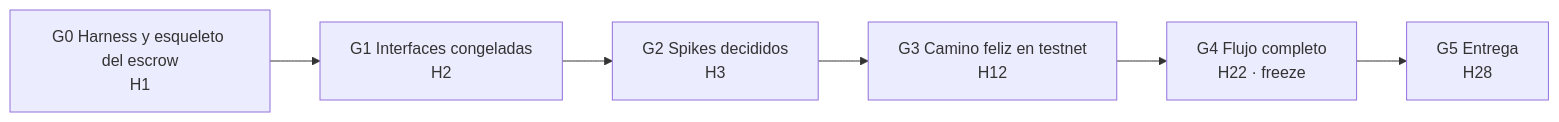
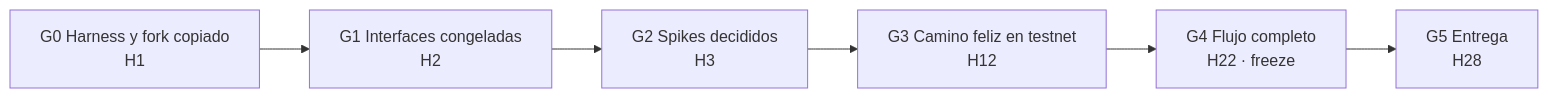
One commit to jzelada97/Pledge changed the first of 2 diagrams in docs/PIPELINE.md. Above: the diagram before and after it, drawn with Mermaid. The commit also changed other lines of this file and 7 other files, not shown here.

````diff
--- a/docs/PIPELINE.md
+++ b/docs/PIPELINE.md
@@ -7,8 +7,8 @@
 ```mermaid
 flowchart LR
-  G0[G0 Harness y esqueleto del escrow<br/>H1] --> G1[G1 Interfaces congeladas<br/>H2]
+  G0[G0 Harness y fork copiado<br/>H1] --> G1[G1 Interfaces congeladas<br/>H2]
   G1 --> G2[G2 Spikes decididos<br/>H3]
   G2 --> G3[G3 Camino feliz en testnet<br/>H12]
   G3 --> G4[G4 Flujo completo<br/>H22 · freeze]
   G4 --> G5[G5 Entrega<br/>H28]
 ```
````
